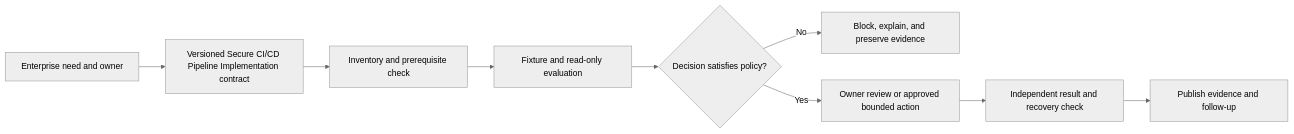
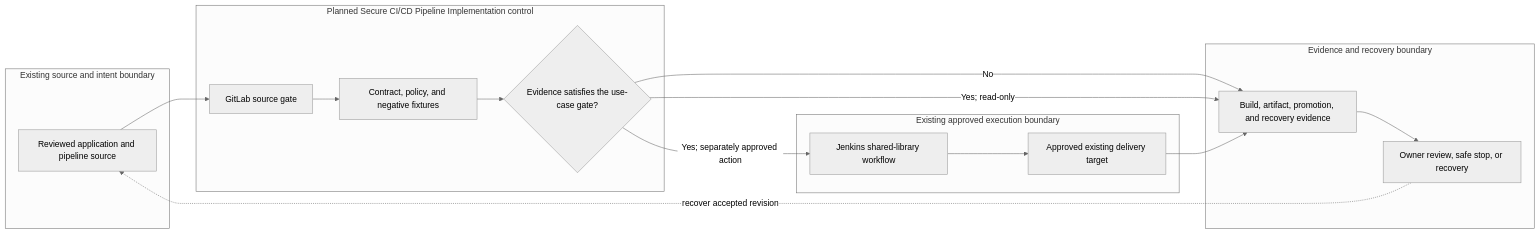
One commit to MIDHTECH/enterprise-architecture-docs changed the diagram in docs/use-cases/devsecops/UC-CICD-010-secure-ci-cd-pipeline-implementation.md. Above: the diagram before and after it, drawn with Mermaid (neutral theme). The commit also changed other lines of this file and 227 other files, not shown here.

Commit message:
Deepen architecture for all use case designs

````diff
--- a/docs/use-cases/devsecops/UC-CICD-010-secure-ci-cd-pipeline-implementation.md
+++ b/docs/use-cases/devsecops/UC-CICD-010-secure-ci-cd-pipeline-implementation.md
@@ -136,11 +129,25 @@
 ```mermaid
 flowchart LR
-    Need["Enterprise need and owner"] --> Contract["Versioned Secure CI/CD Pipeline Implementation contract"]
-    Contract --> Preflight["Inventory and prerequisite check"]
-    Preflight --> Evaluate["Fixture and read-only evaluation"]
-    Evaluate --> Decision{"Decision satisfies policy?"}
-    Decision -->|No| Stop["Block, explain, and preserve evidence"]
-    Decision -->|Yes| Review["Owner review or approved bounded action"]
-    Review --> Verify["Independent result and recovery check"]
-    Verify --> Publish["Publish evidence and follow-up"]
+    subgraph Source["Existing source and intent boundary"]
+        A["Reviewed application and pipeline source"]
+    end
+    subgraph Planned["Planned Secure CI/CD Pipeline Implementation control"]
+        B["GitLab source gate"]
+        C["Contract, policy, and negative fixtures"]
+        D{"Evidence satisfies the use-case gate?"}
+    end
+    subgraph Runtime["Existing approved execution boundary"]
+        E["Jenkins shared-library workflow"]
+        F["Approved existing delivery target"]
+    end
+    subgraph Assurance["Evidence and recovery boundary"]
+        G["Build, artifact, promotion, and recovery evidence"]
+        H["Owner review, safe stop, or recovery"]
+    end
+
+    A --> B --> C --> D
+    D -->|No| G --> H
+    D -->|Yes; read-only| G
+    D -->|Yes; separately approved action| E --> F --> G
+    H -. recover accepted revision .-> A
 ```
````
